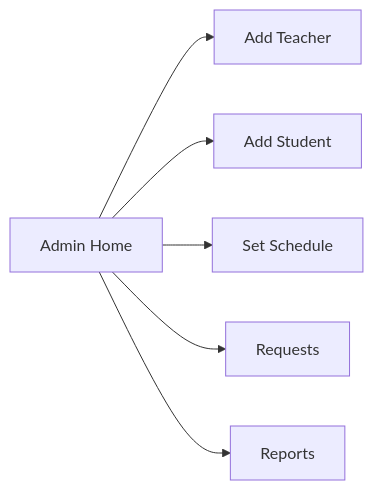
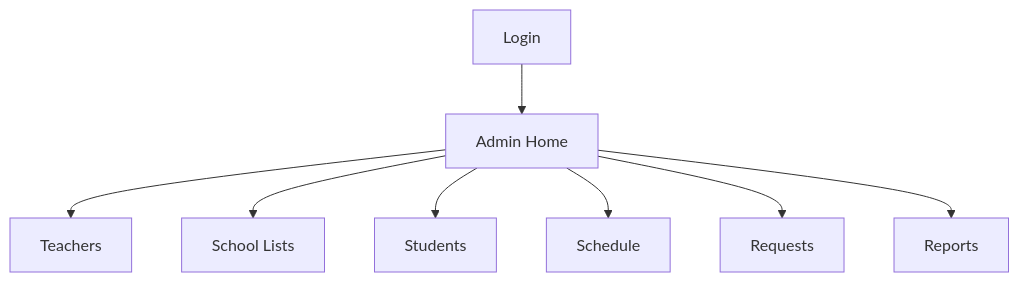
Before and after one commit to micoms/QrAttendance: the first of 3 diagrams in docs/ui-flow.md, drawn with Mermaid. The commit also changed other lines of this file and 62 other files, not shown here.

Commit message:
Rebuild QR Attend app with simpler flows and PHT scheduling

````diff
--- a/docs/ui-flow.md
+++ b/docs/ui-flow.md
@@ -48,8 +9,10 @@
 ```mermaid
-flowchart LR
-    A["Admin Home"] --> B["Add Teacher"]
-    A --> C["Add Student"]
-    A --> D["Set Schedule"]
-    A --> E["Requests"]
-    A --> F["Reports"]
+flowchart TD
+    A["Login"] --> B["Admin Home"]
+    B --> C["Teachers"]
+    B --> D["School Lists"]
+    B --> E["Students"]
+    B --> F["Schedule"]
+    B --> G["Requests"]
+    B --> H["Reports"]
 ```
````
